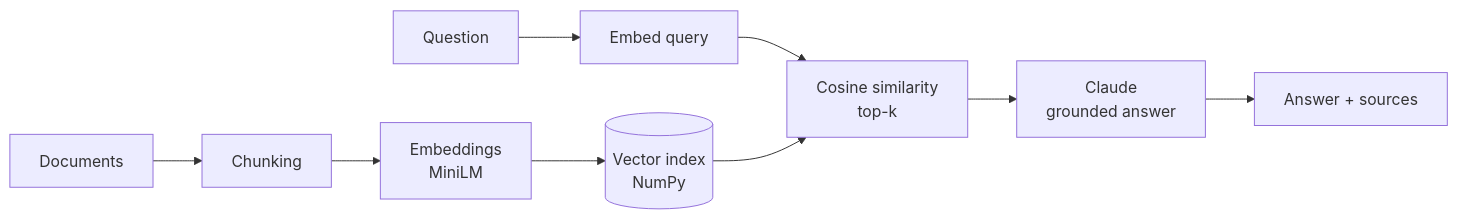
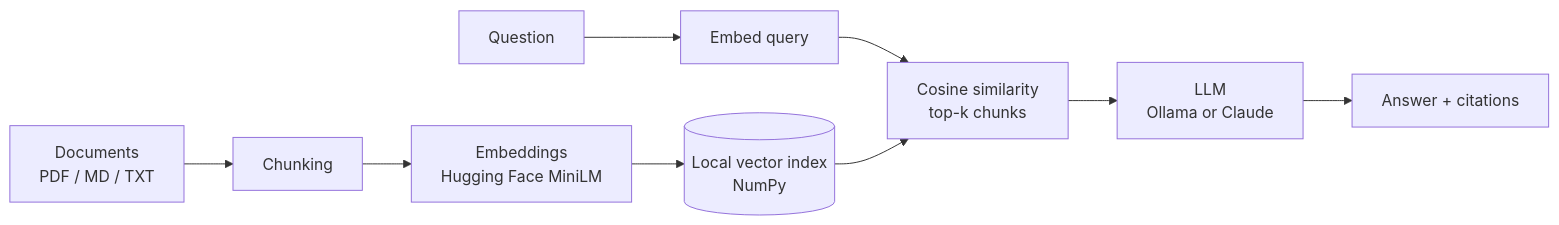
Before and after one commit to hassaanhameed786/offline-doc-rag: the diagram in README.md, drawn with Mermaid. The commit also changed other lines of this file and 5 other files, not shown here.

Commit message:
Initial commit: local RAG with Ollama and Hugging Face embeddings

````diff
--- a/README.md
+++ b/README.md
@@ -6,11 +14,11 @@
 ```mermaid
 flowchart LR
-    A[Documents] --> B[Chunking]
-    B --> C[Embeddings<br/>MiniLM]
-    C --> D[(Vector index<br/>NumPy)]
+    A[Documents<br/>PDF / MD / TXT] --> B[Chunking]
+    B --> C[Embeddings<br/>Hugging Face MiniLM]
+    C --> D[(Local vector index<br/>NumPy)]
     Q[Question] --> E[Embed query]
-    E --> F[Cosine similarity<br/>top-k]
+    E --> F[Cosine similarity<br/>top-k chunks]
     D --> F
-    F --> G[Claude<br/>grounded answer]
-    G --> H[Answer + sources]
+    F --> G[LLM<br/>Ollama or Claude]
+    G --> H[Answer + citations]
 ```
````
